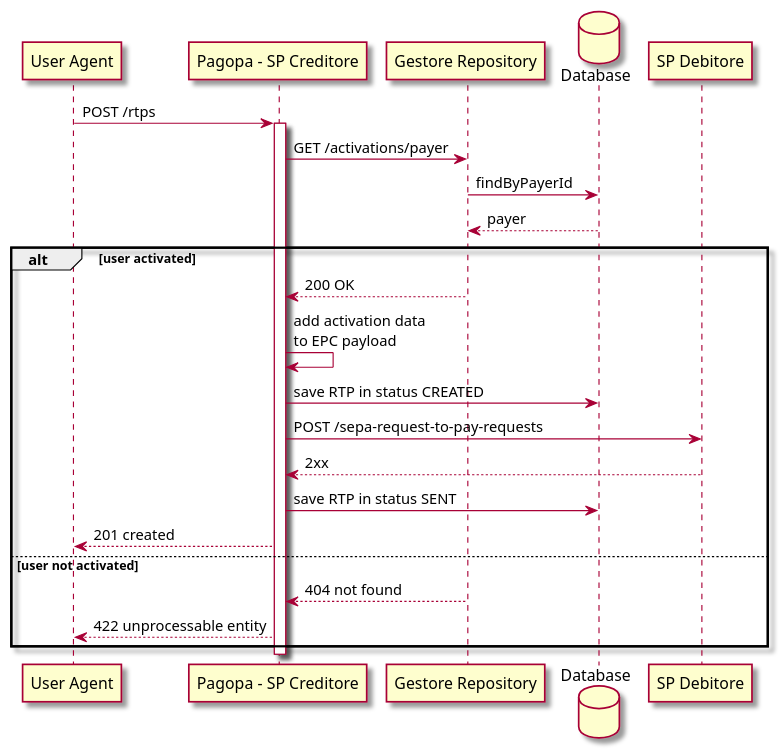
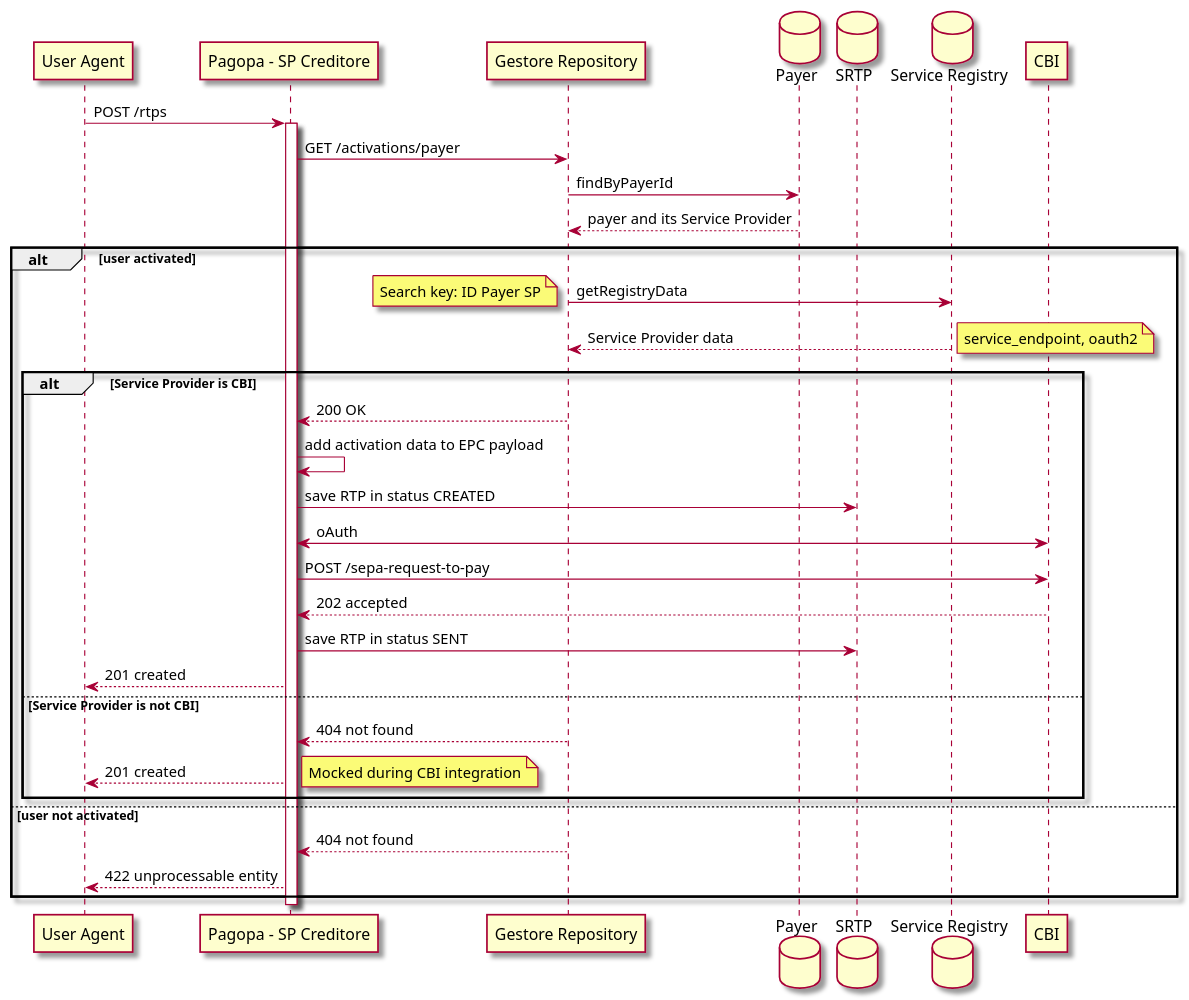
Before and after one commit to pagopa/rtp-docs: the diagram in diagrams/send.puml, drawn with PlantUML.

Commit message:
[SRTP-301] add service registry and CBI send diagram

```diff
--- a/diagrams/send.puml
+++ b/diagrams/send.puml
@@ -1,35 +1,57 @@
 @startuml
 
 skin rose
 participant "User Agent" as UA
 participant "Pagopa - SP Creditore" as SPC
 participant "Gestore Repository" as GR
-database "Database" as DB
-participant "SP Debitore" as SPD
+database "Payer" as Payer
+database "SRTP" as SRTP
+database "Service Registry" as SR
+participant "CBI" as SPD
 
 UA -> SPC: POST /rtps
 activate SPC
 
 
 SPC -> GR: GET /activations/payer
-GR -> DB: findByPayerId
-DB --> GR: payer
+GR -> Payer: findByPayerId
+Payer --> GR: payer and its Service Provider
 
 alt user activated
+GR -> SR: getRegistryData
+note left: Search key: ID Payer SP
+
+SR --> GR: Service Provider data
+note right: service_endpoint, oauth2
+
+alt Service Provider is CBI
 GR --> SPC: 200 OK
 
-SPC -> SPC: add activation data \nto EPC payload
-SPC -> DB: save RTP in status CREATED
-SPC -> SPD: POST /sepa-request-to-pay-requests
-SPD --> SPC: 2xx
-SPC -> DB: save RTP in status SENT
+SPC -> SPC: add activation data to EPC payload
+
+SPC -> SRTP: save RTP in status CREATED
+
+SPC <-> SPD: oAuth
+
+SPC -> SPD: POST /sepa-request-to-pay
+
+SPD --> SPC: 202 accepted
+SPC -> SRTP: save RTP in status SENT
 SPC --> UA: 201 created
+
+else Service Provider is not CBI
+GR --> SPC: 404 not found
+
+SPC --> UA: 201 created
+note right: Mocked during CBI integration
+
+end
 
 else user not activated
 GR --> SPC: 404 not found
 SPC --> UA: 422 unprocessable entity
 end
 
 deactivate SPC
 
 @enduml
```
